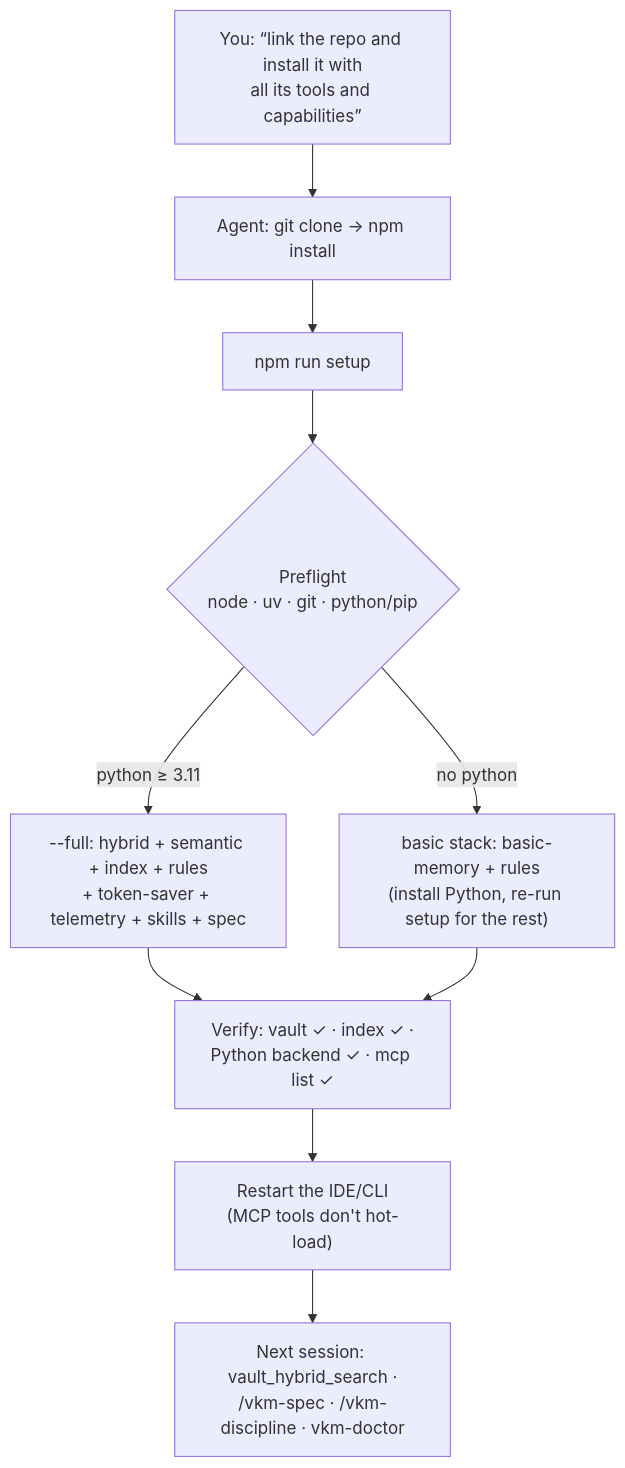
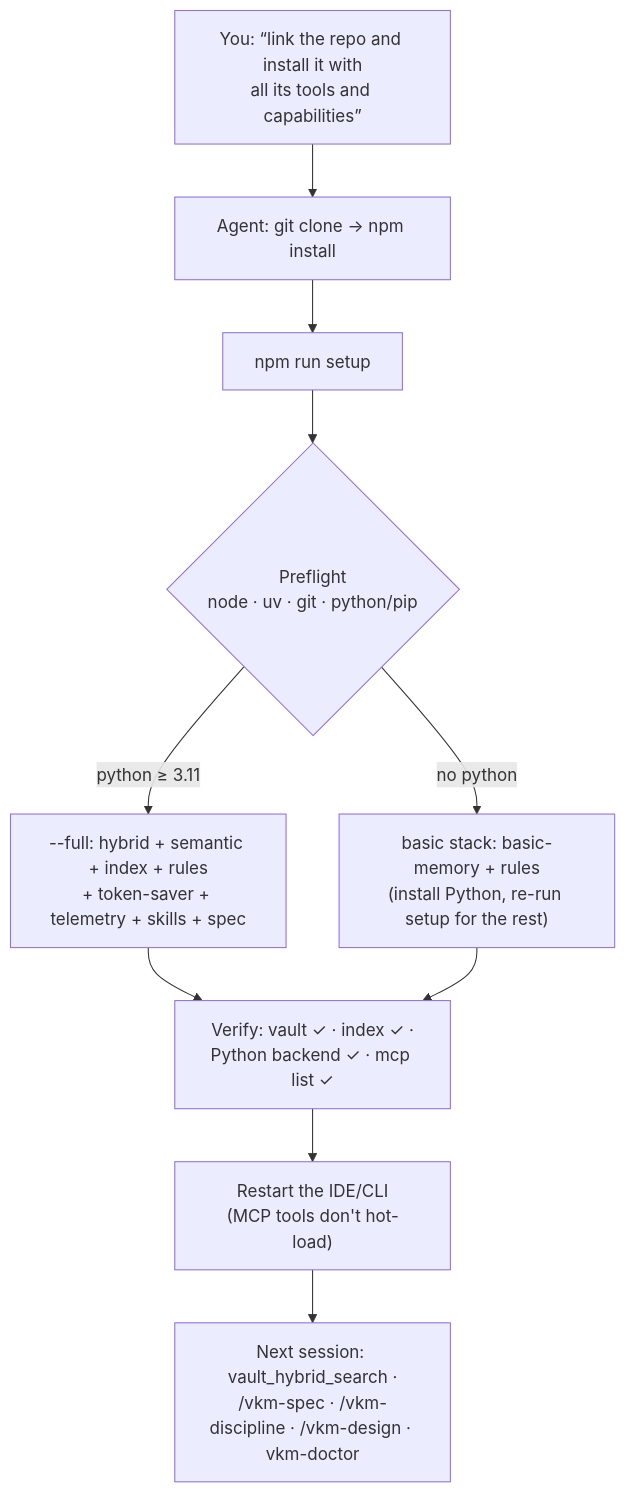
One commit to Vahlame/create-vkm-kit changed the diagram in docs/en/install-with-agent.md. Above: the diagram before and after it, drawn with Mermaid. The commit also changed other lines of this file and 8 other files, not shown here.

````diff
--- a/docs/en/install-with-agent.md
+++ b/docs/en/install-with-agent.md
@@ -42,12 +42,12 @@
 ```mermaid
 flowchart TD
   P["You: “link the repo and install it with<br>all its tools and capabilities”"] --> C["Agent: git clone → npm install"]
   C --> S["npm run setup"]
   S --> PF{"Preflight<br>node · uv · git · python/pip"}
   PF -- "python ≥ 3.11" --> F["--full: hybrid + semantic + index + rules<br>+ token-saver + telemetry + skills + spec"]
   PF -- "no python" --> B["basic stack: basic-memory + rules<br>(install Python, re-run setup for the rest)"]
   F --> V["Verify: vault ✓ · index ✓ ·<br>Python backend ✓ · mcp list ✓"]
   B --> V
   V --> R["Restart the IDE/CLI<br>(MCP tools don't hot-load)"]
-  R --> L["Next session: vault_hybrid_search ·<br>/vkm-spec · /vkm-discipline · vkm-doctor"]
+  R --> L["Next session: vault_hybrid_search ·<br>/vkm-spec · /vkm-discipline · /vkm-design · vkm-doctor"]
 ```
````
